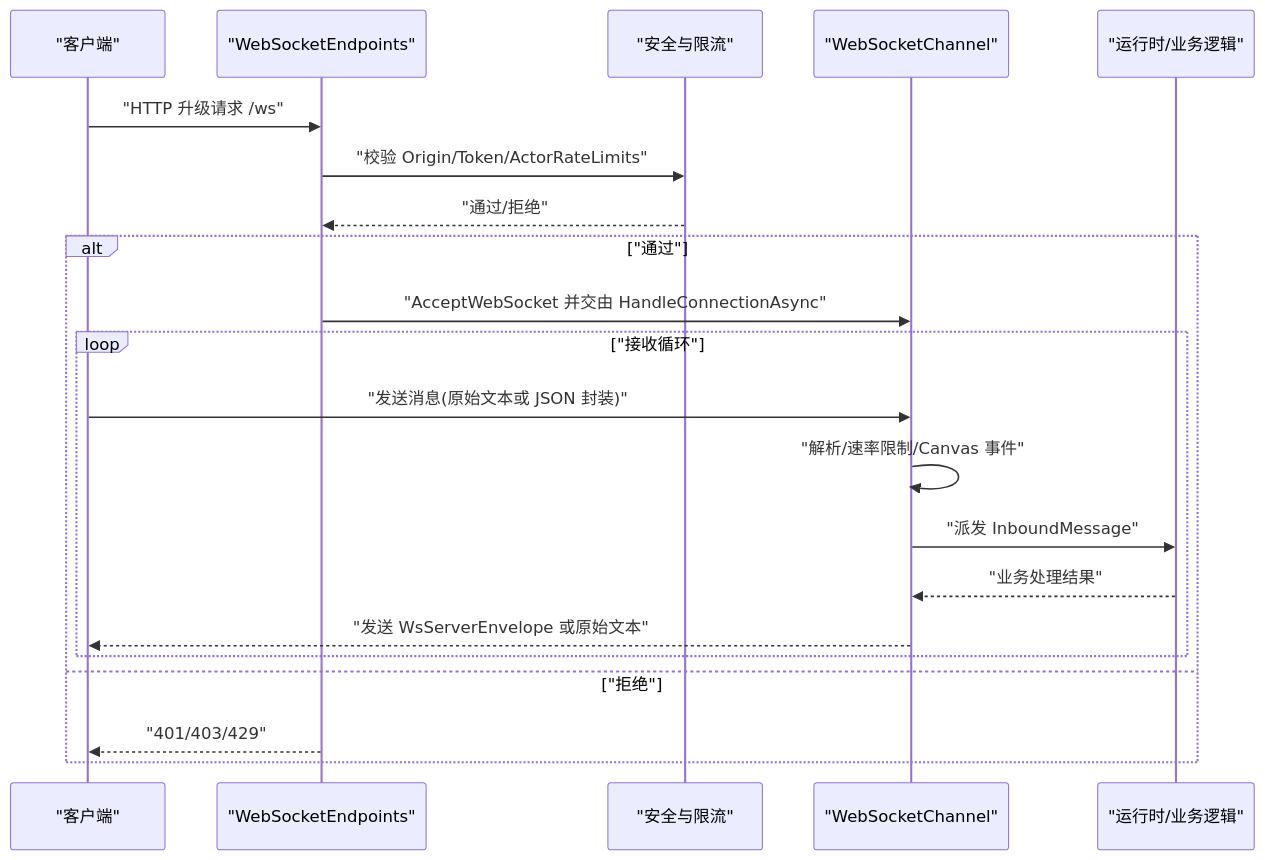
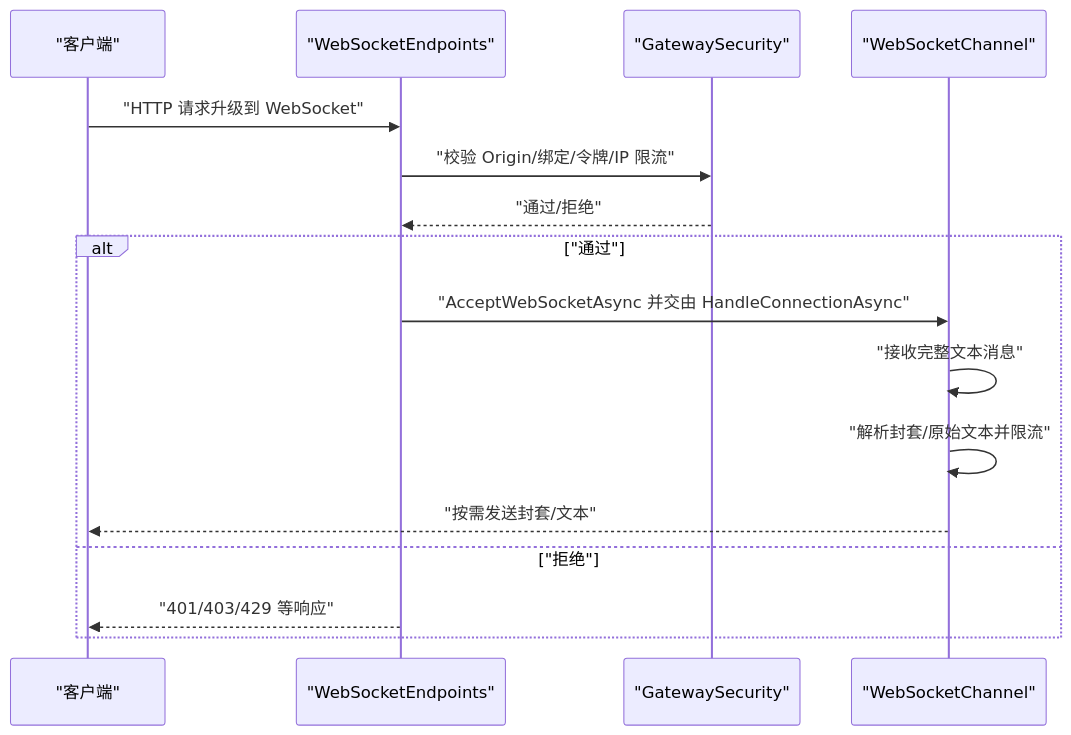
Before and after one commit to wayyet/kingcrab: the second of 4 diagrams in .qoder/repowiki/zh/content/API 参考/WebSocket API.md, drawn with Mermaid. The commit also changed other lines of this file and 173 other files, not shown here.

````diff
--- a/.qoder/repowiki/zh/content/API 参考/WebSocket API.md
+++ b/.qoder/repowiki/zh/content/API 参考/WebSocket API.md
@@ -96,23 +107,18 @@
 ```mermaid
 sequenceDiagram
-participant Client as "客户端"
+participant C as "客户端"
 participant EP as "WebSocketEndpoints"
-participant SEC as "安全与限流"
+participant SEC as "GatewaySecurity"
 participant CH as "WebSocketChannel"
-participant RT as "运行时/业务逻辑"
-Client->>EP : "HTTP 升级请求 /ws"
-EP->>SEC : "校验 Origin/Token/ActorRateLimits"
+C->>EP : "HTTP 请求升级到 WebSocket"
+EP->>SEC : "校验 Origin/绑定/令牌/IP 限流"
 SEC-->>EP : "通过/拒绝"
 alt "通过"
-EP->>CH : "AcceptWebSocket 并交由 HandleConnectionAsync"
-loop "接收循环"
-Client->>CH : "发送消息(原始文本或 JSON 封装)"
-CH->>CH : "解析/速率限制/Canvas 事件"
-CH->>RT : "派发 InboundMessage"
-RT-->>CH : "业务处理结果"
-CH-->>Client : "发送 WsServerEnvelope 或原始文本"
-end
+EP->>CH : "AcceptWebSocketAsync 并交由 HandleConnectionAsync"
+CH->>CH : "接收完整文本消息"
+CH->>CH : "解析封套/原始文本并限流"
+CH-->>C : "按需发送封套/文本"
 else "拒绝"
-EP-->>Client : "401/403/429"
+EP-->>C : "401/403/429 等响应"
 end
 ```
````
